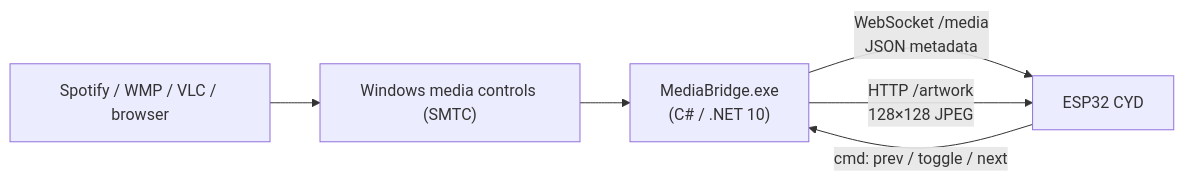
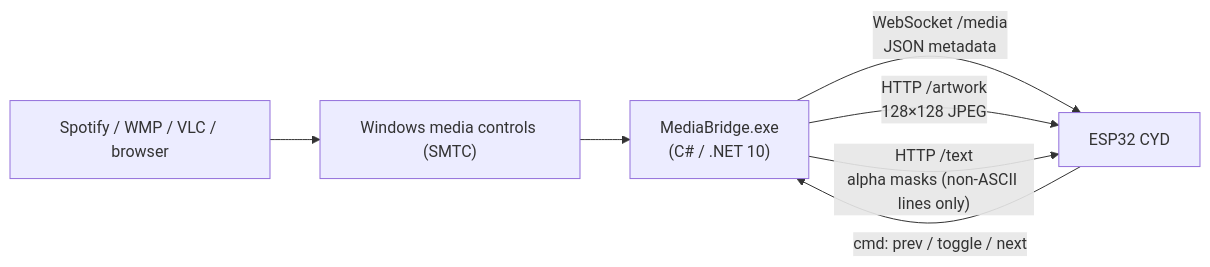
The diagram in README.md (tabyrocket/cyd-media-controller), drawn with Mermaid before and after one commit. The commit also changed other lines of this file and 4 other files, not shown here.

First line of the commit message:
feat: render non-ASCII text via bridge-drawn bitmaps

````diff
--- a/README.md
+++ b/README.md
@@ -69,8 +70,9 @@
 ```mermaid
 flowchart LR
     A["Spotify / WMP / VLC / browser"] --> B["Windows media controls (SMTC)"]
     B --> C["MediaBridge.exe<br/>(C# / .NET 10)"]
     C -- "WebSocket /media<br/>JSON metadata" --> D["ESP32 CYD"]
     C -- "HTTP /artwork<br/>128×128 JPEG" --> D
+    C -- "HTTP /text<br/>alpha masks (non-ASCII lines only)" --> D
     D -- "cmd: prev / toggle / next" --> C
 ```
````
